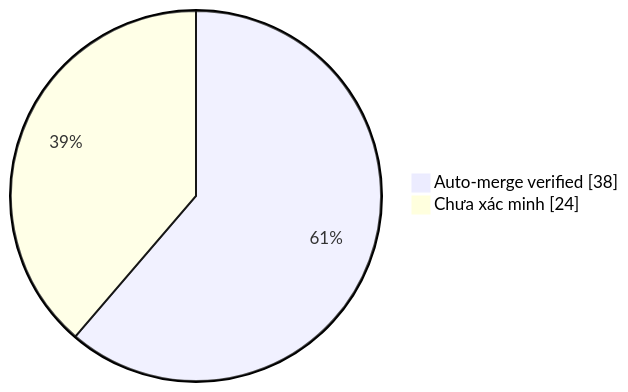
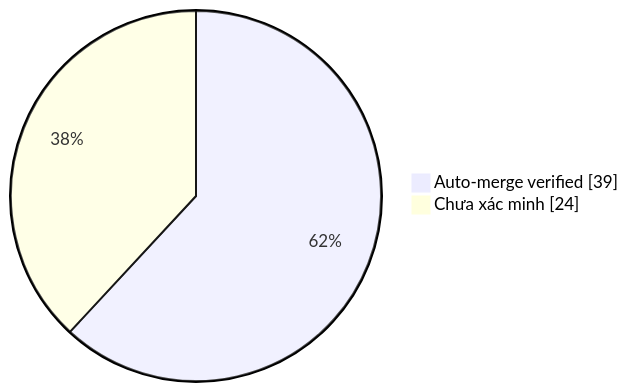
Before and after one commit to duykhang68/tetdinhmuiblog: the diagram in collector.md, drawn with Mermaid. The commit also changed other lines of this file and 1 other file, not shown here.

Commit message:
docs(collector): update auto-merge evidence dashboard

````diff
--- a/collector.md
+++ b/collector.md
@@ -22,5 +22,5 @@
 ```mermaid
 pie showData
-    "Auto-merge verified" : 38
+    "Auto-merge verified" : 39
     "Chưa xác minh" : 24
 ```
````
